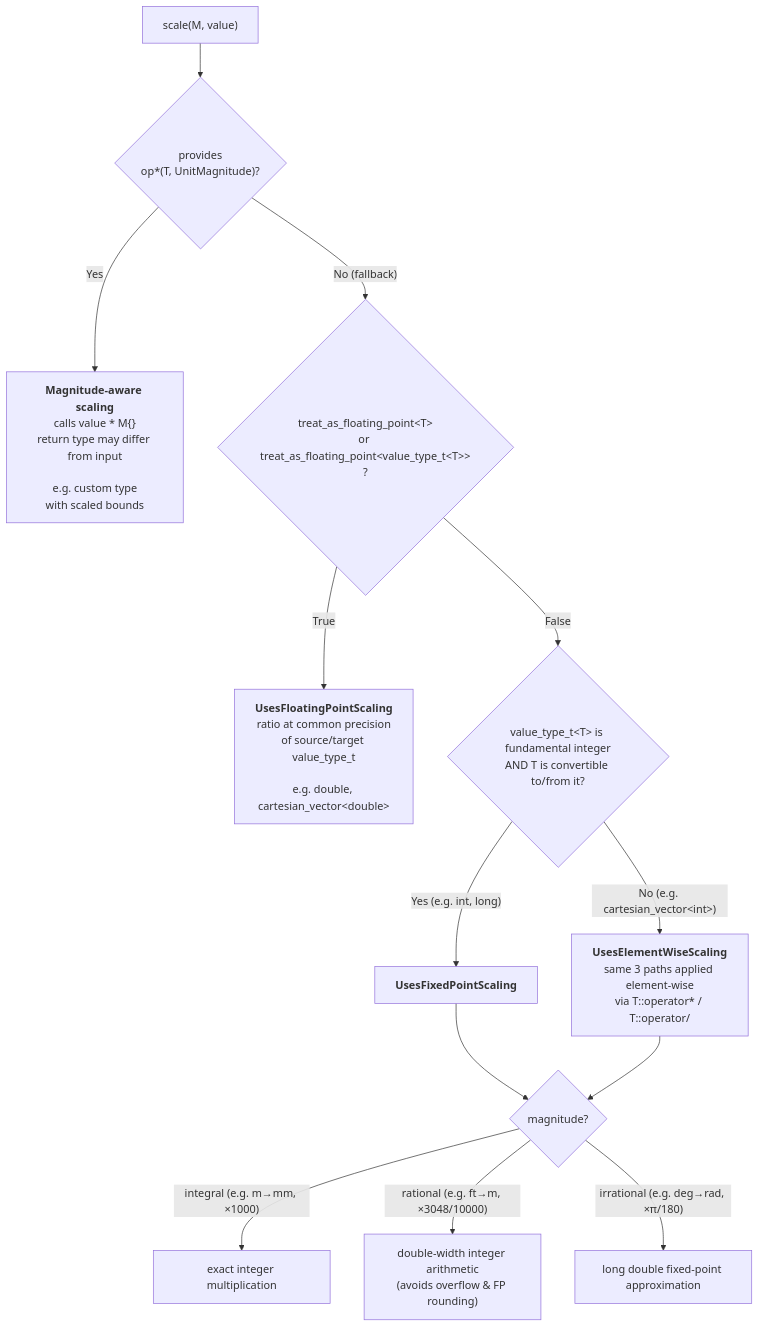
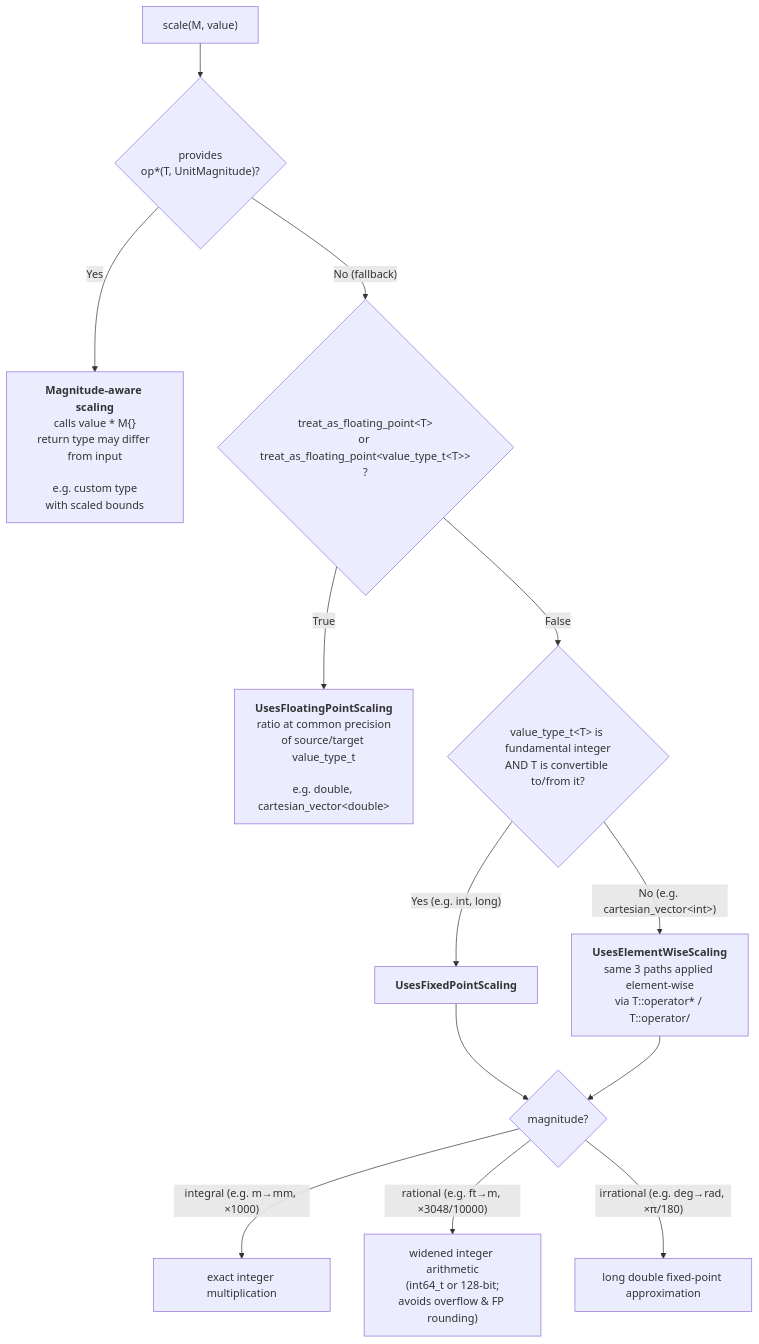
One commit to RalphSteinhagen/units changed the diagram in docs/users_guide/framework_basics/representation_types.md. Above: the diagram before and after it, drawn with Mermaid. The commit also changed other lines of this file and 3 other files, not shown here.

````diff
--- a/docs/users_guide/framework_basics/representation_types.md
+++ b/docs/users_guide/framework_basics/representation_types.md
@@ -207,15 +207,15 @@
 ```mermaid
 flowchart TD
     A["scale(M, value)"] --> MA{"provides<br>op*(T, UnitMagnitude)?"}
     MA -- "Yes" --> MAR["<b>Magnitude-aware scaling</b><br>calls value * M{}<br>return type may differ from input<br><br>e.g. custom type<br>with scaled bounds"]
     MA -- "No (fallback)" --> B{"treat_as_floating_point&lt;T&gt;<br>or treat_as_floating_point&lt;value_type_t&lt;T&gt;&gt;<br>?"}
     B -- True --> FP["<b>UsesFloatingPointScaling</b><br>ratio at common precision<br>of source/target value_type_t<br><br>e.g. double, cartesian_vector&lt;double&gt;"]
     B -- False --> C{"value_type_t&lt;T&gt; is fundamental integer<br>AND T is convertible to/from it?"}
     C -- "Yes (e.g. int, long)" --> FIXED["<b>UsesFixedPointScaling</b>"]
     C -- "No (e.g. cartesian_vector&lt;int&gt;)" --> EWS["<b>UsesElementWiseScaling</b><br>same 3 paths applied element-wise<br>via T::operator* / T::operator/"]
     FIXED --> G{"magnitude?"}
     EWS --> G
     G -- "integral (e.g. m→mm, ×1000)" --> I["exact integer multiplication"]
-    G -- "rational (e.g. ft→m, ×3048/10000)" --> R["double-width integer arithmetic<br>(avoids overflow &amp; FP rounding)"]
+    G -- "rational (e.g. ft→m, ×3048/10000)" --> R["widened integer arithmetic<br>(int64_t or 128-bit;<br>avoids overflow &amp; FP rounding)"]
     G -- "irrational (e.g. deg→rad, ×π/180)" --> IR["long double fixed-point approximation"]
 ```
````
